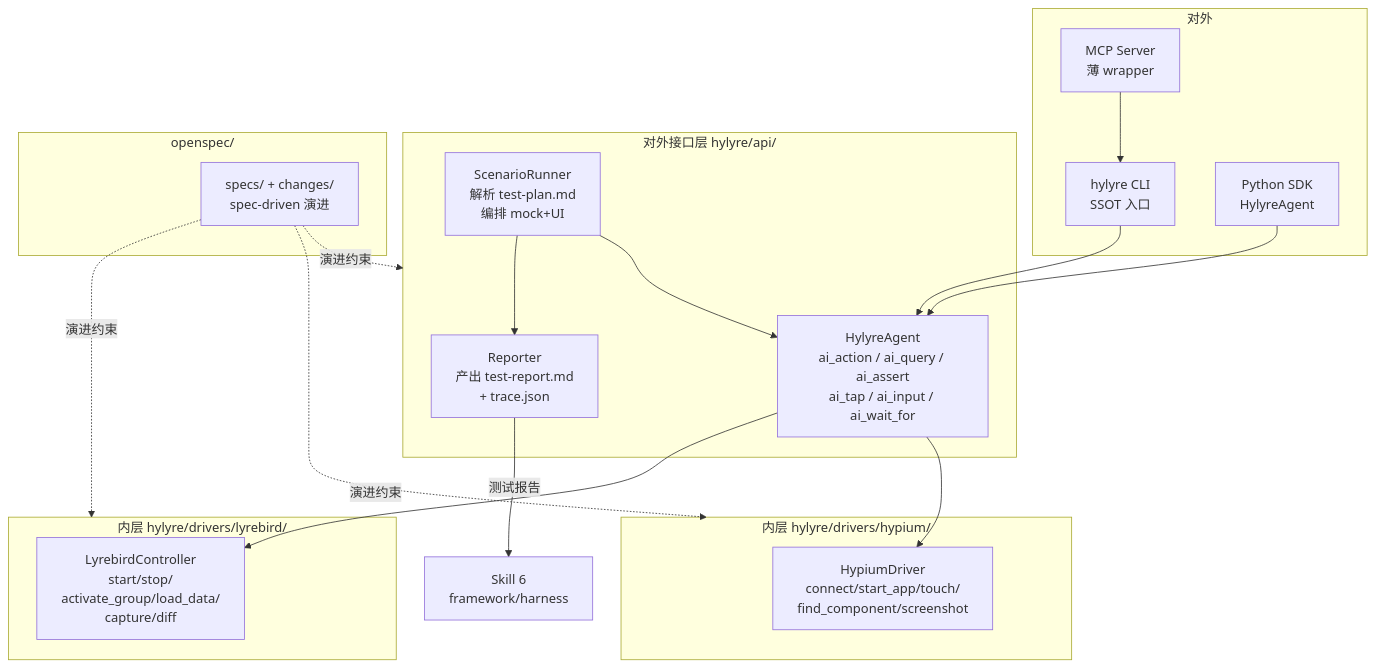
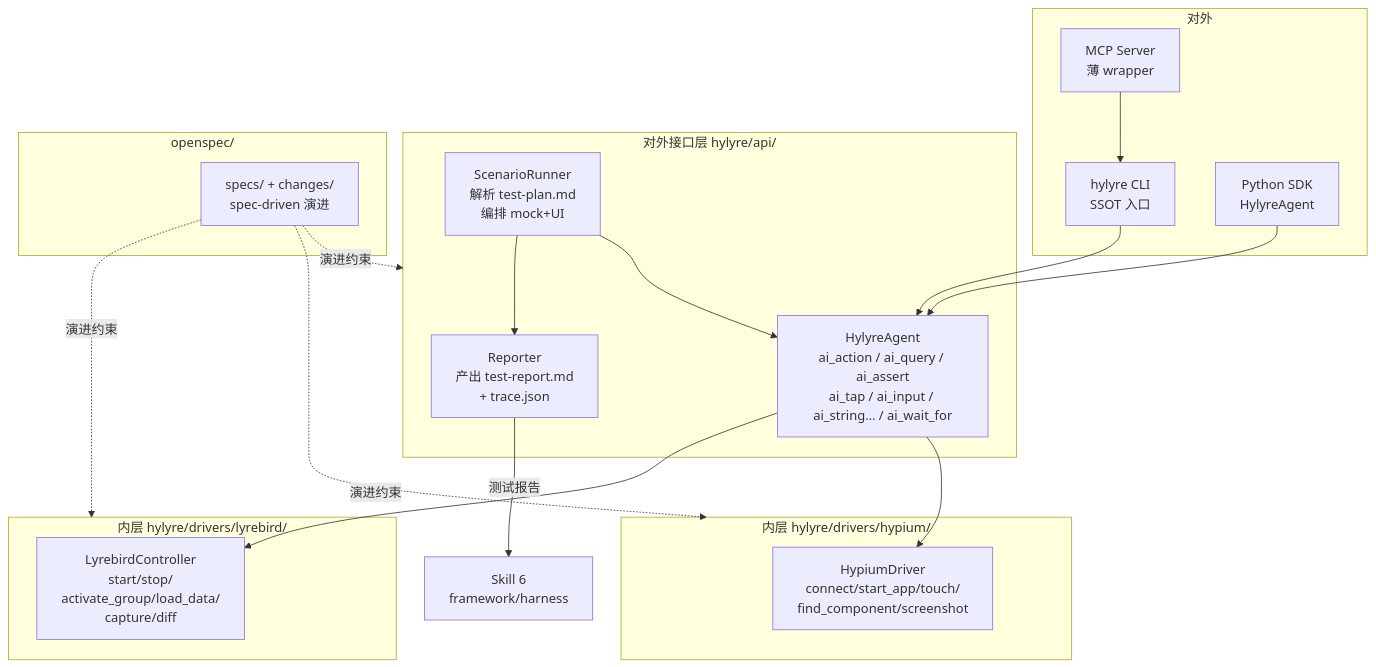
Before and after one commit to sqsqsq/Hylyre: the diagram in docs/plan.md, drawn with Mermaid. The commit also changed other lines of this file and 2 other files, not shown here.

Commit message:
feat(agent): ai_string/ai_number/ai_boolean + tests and plan sync

````diff
--- a/docs/plan.md
+++ b/docs/plan.md
@@ -48,38 +48,38 @@
 ```mermaid
 flowchart TB
     subgraph external [对外]
         cli["hylyre CLI<br/>SSOT 入口"]
         sdk["Python SDK<br/>HylyreAgent"]
         mcp["MCP Server<br/>薄 wrapper"]
     end
 
     subgraph facade [对外接口层 hylyre/api/]
-        agent["HylyreAgent<br/>ai_action / ai_query / ai_assert<br/>ai_tap / ai_input / ai_wait_for"]
+        agent["HylyreAgent<br/>ai_action / ai_query / ai_assert<br/>ai_tap / ai_input / ai_string… / ai_wait_for"]
         scenario["ScenarioRunner<br/>解析 test-plan.md<br/>编排 mock+UI"]
         reporter["Reporter<br/>产出 test-report.md<br/>+ trace.json"]
     end
 
     subgraph inner_ui [内层 hylyre/drivers/hypium/]
         ui["HypiumDriver<br/>connect/start_app/touch/<br/>find_component/screenshot"]
     end
 
     subgraph inner_mock [内层 hylyre/drivers/lyrebird/]
         mock["LyrebirdController<br/>start/stop/<br/>activate_group/load_data/<br/>capture/diff"]
     end
 
     subgraph specs [openspec/]
         spec_layer["specs/ + changes/<br/>spec-driven 演进"]
     end
 
     cli --> agent
     sdk --> agent
     mcp --> cli
     agent --> ui
     agent --> mock
     scenario --> agent
     scenario --> reporter
     spec_layer -.演进约束.-> facade
     spec_layer -.演进约束.-> inner_ui
     spec_layer -.演进约束.-> inner_mock
     reporter --测试报告--> skill6["Skill 6<br/>framework/harness"]
 ```
````
